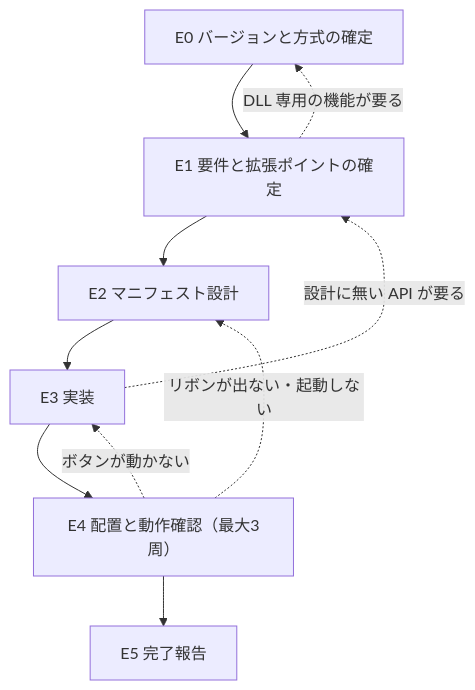
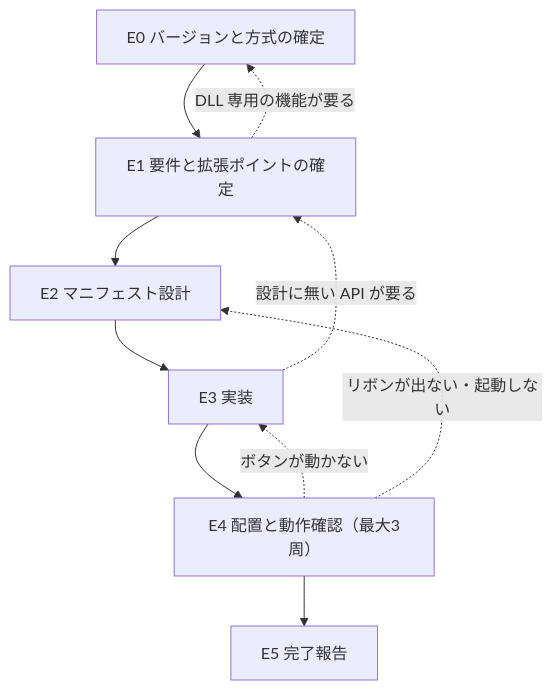
One commit to SuperPyonchiX/.agents changed the second of 2 diagrams in skills/markdown-doc/examples/readme.md. Above: the diagram before and after it, drawn with Mermaid. The commit also changed other lines of this file and 7 other files, not shown here.

First line of the commit message:
add: markdown-doc に mermaid 図のレイアウト検査を追加

````diff
--- a/skills/markdown-doc/examples/readme.md
+++ b/skills/markdown-doc/examples/readme.md
@@ -135,12 +135,12 @@
 ```mermaid
 flowchart TD
     E0["E0 バージョンと方式の確定"] --> E1["E1 要件と拡張ポイントの確定"]
     E1 --> E2["E2 マニフェスト設計"]
     E2 --> E3["E3 実装"]
     E3 --> E4["E4 配置と動作確認（最大3周）"]
     E4 --> E5["E5 完了報告"]
+    E4 -.ボタンが動かない.-> E3
+    E4 -.リボンが出ない・起動しない.-> E2
+    E3 -.設計に無い API が要る.-> E1
     E1 -.DLL 専用の機能が要る.-> E0
-    E3 -.設計に無い API が要る.-> E1
-    E4 -.リボンが出ない・起動しない.-> E2
-    E4 -.ボタンが動かない.-> E3
 ```
````
